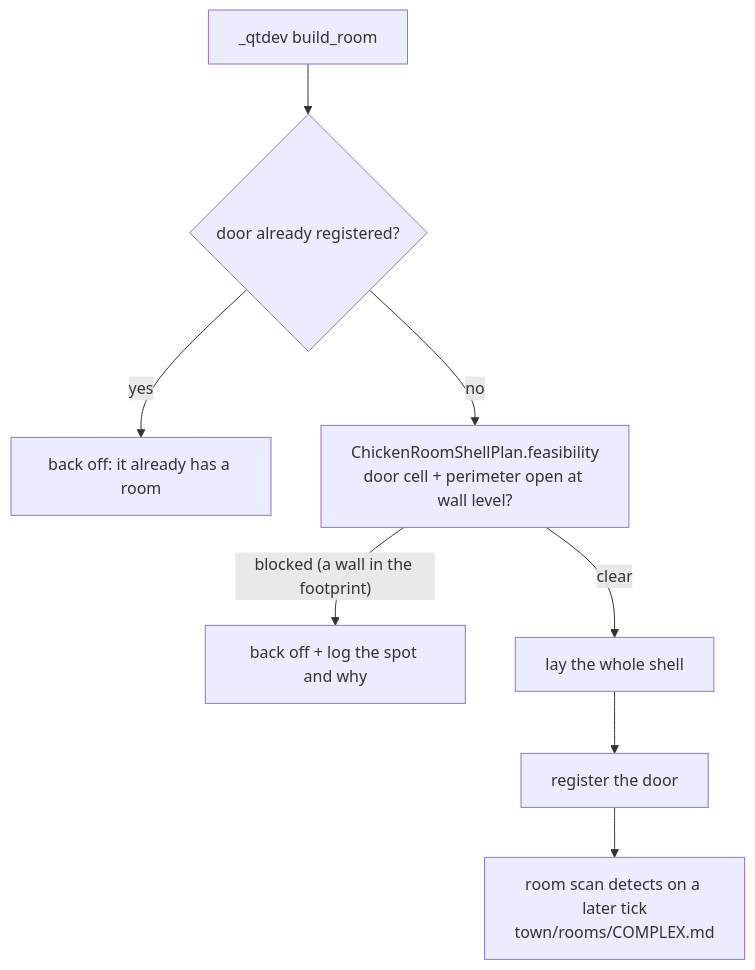
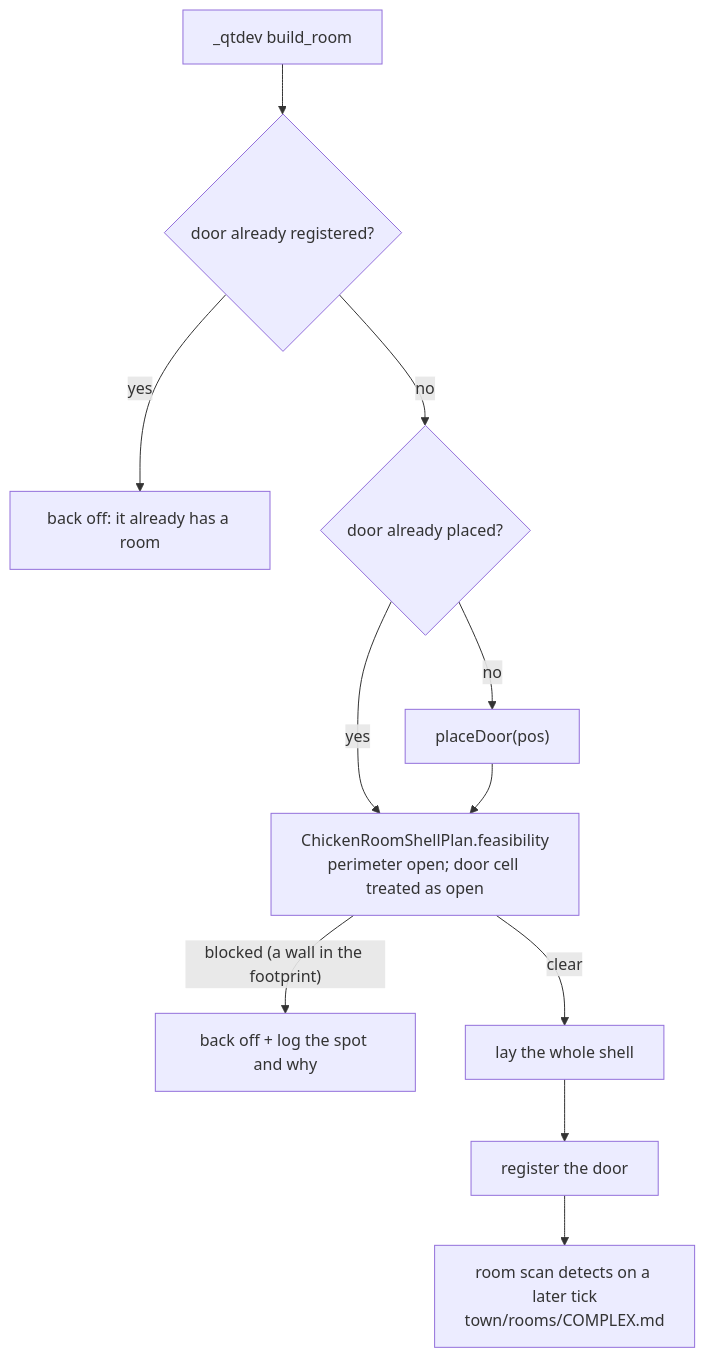
Before and after one commit to bradsk88/Questown: the fifth of 5 diagrams in src/main/java/ca/bradj/questown/mobs/helperchicken/COMPLEX.md, drawn with Mermaid. The commit also changed other lines of this file and 1 other file, not shown here.

First line of the commit message:
Fix build_room placing solid walls instead of a door

````diff
--- a/src/main/java/ca/bradj/questown/mobs/helperchicken/COMPLEX.md
+++ b/src/main/java/ca/bradj/questown/mobs/helperchicken/COMPLEX.md
@@ -190,10 +190,13 @@
 ```mermaid
 flowchart TD
   br["_qtdev build_room <pos>"] --> dup{door already registered?}
   dup -- yes --> back1["back off: it already has a room"]
-  dup -- no --> pre[ChickenRoomShellPlan.feasibility<br/>door cell + perimeter open at wall level?]
+  dup -- no --> door{door already placed?}
+  door -- no --> place["placeDoor(pos)"]
+  door -- yes --> pre
+  place --> pre[ChickenRoomShellPlan.feasibility<br/>perimeter open; door cell treated as open]
   pre -- "blocked (a wall in the footprint)" --> back2["back off + log the spot and why"]
   pre -- clear --> lay[lay the whole shell]
   lay --> reg[register the door]
   reg --> scan["room scan detects on a later tick<br/>town/rooms/COMPLEX.md"]
 ```
````
